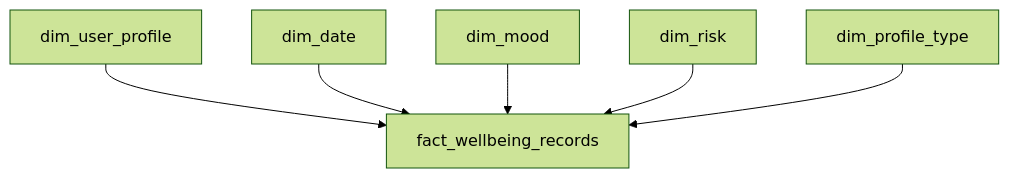
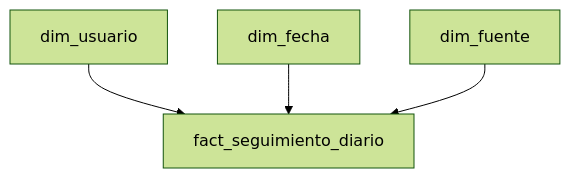
Before and after one commit to KouDionicio/9A-IDGS-ECBD-VitalMind-: the second of 2 diagrams in docs/data-warehouse.md, drawn with Mermaid (forest theme). The commit also changed other lines of this file and 13 other files, not shown here.

````diff
--- a/docs/data-warehouse.md
+++ b/docs/data-warehouse.md
@@ -188,16 +138,11 @@
 ```mermaid
 flowchart TB
-    F[fact_wellbeing_records]
+    DU[dim_usuario]
+    DF[dim_fecha]
+    DFU[dim_fuente]
+    FM[fact_seguimiento_diario]
 
-    D1[dim_user_profile]
-    D2[dim_date]
-    D3[dim_mood]
-    D4[dim_risk]
-    D5[dim_profile_type]
-
-    D1 --> F
-    D2 --> F
-    D3 --> F
-    D4 --> F
-    D5 --> F
+    DU --> FM
+    DF --> FM
+    DFU --> FM
 ```
````
